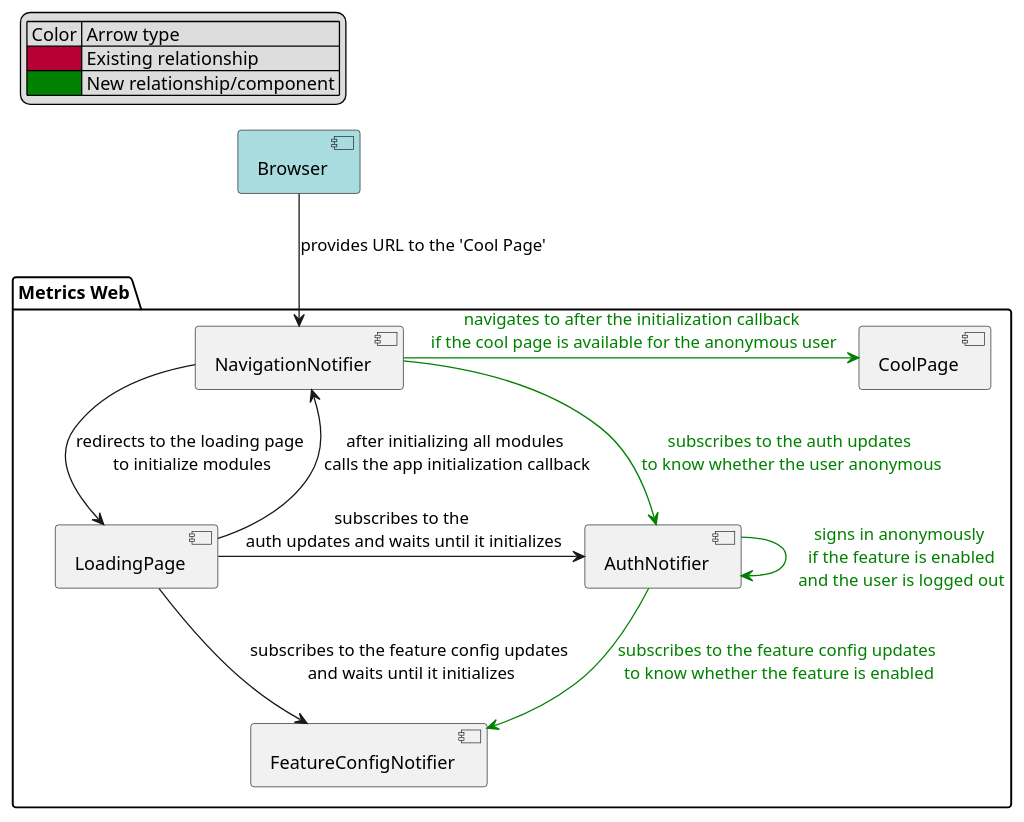
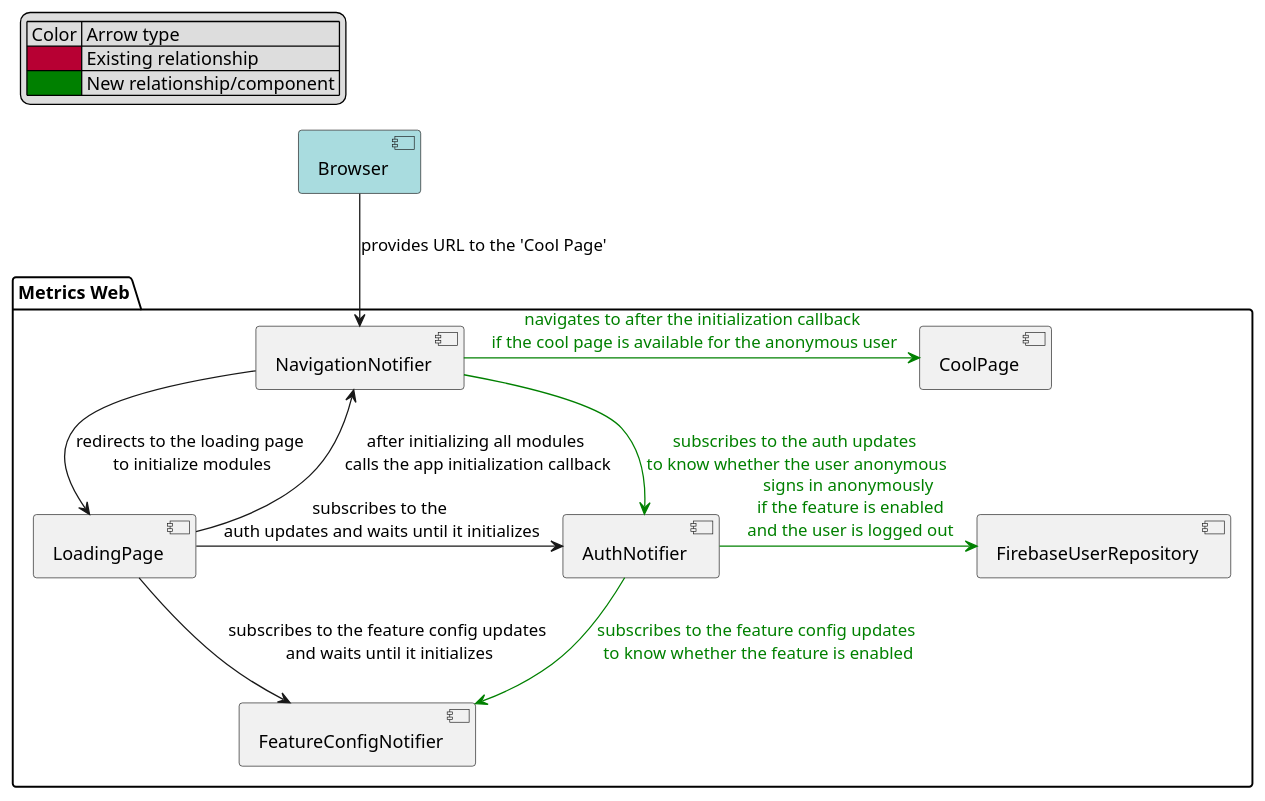
The diagram in metrics/web/docs/features/public_dashboard/diagrams/public_dashboard_architecture_components_diagram.puml (Flank/flank-dashboard), drawn with PlantUML before and after one commit. The commit also changed 3 other files, not shown here.

```diff
--- a/metrics/web/docs/features/public_dashboard/diagrams/public_dashboard_architecture_components_diagram.puml
+++ b/metrics/web/docs/features/public_dashboard/diagrams/public_dashboard_architecture_components_diagram.puml
@@ -1,29 +1,30 @@
 @startuml public_dashboard_architecture_components_diagram
 
 legend top left
     | Color | Arrow type |
     |<#B70033>| Existing relationship |
     |<#Green>| New relationship/component |
 endlegend
 
 component Browser #A9DCDF
 
 package "Metrics Web" {
     component "LoadingPage" as loading_page
     component "AuthNotifier" as auth
     component "FeatureConfigNotifier" as feature_config
     component "NavigationNotifier" as navigation
     component "CoolPage" as cool_page
+    component "FirebaseUserRepository" as firebase
 }
 
 Browser --> navigation: provides URL to the 'Cool Page'
 navigation --> loading_page: redirects to the loading page\n to initialize modules
 loading_page -> auth: subscribes to the\n auth updates and waits until it initializes
 loading_page --> feature_config: subscribes to the feature config updates\n and waits until it initializes
-auth -[#green]-> auth: <color:green>signs in anonymously\n <color:green>if the feature is enabled\n <color:green>and the user is logged out
+auth -[#green]right-> firebase: <color:green>signs in anonymously\n <color:green>if the feature is enabled\n <color:green>and the user is logged out
 auth -[#green]-> feature_config: <color:green>subscribes to the feature config updates\n <color:green>to know whether the feature is enabled
 loading_page -up-> navigation: after initializing all modules\n calls the app initialization callback
 navigation -[#green]right-> cool_page: <color:green>navigates to after the initialization callback\n <color:green>if the cool page is available for the anonymous user
 navigation -[#green]> auth: <color:green>subscribes to the auth updates\n <color:green>to know whether the user anonymous
 
 @enduml
```
